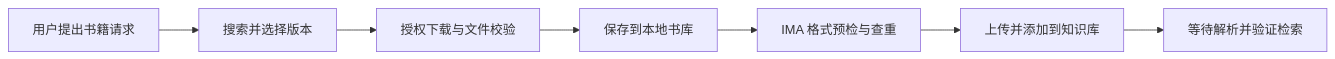
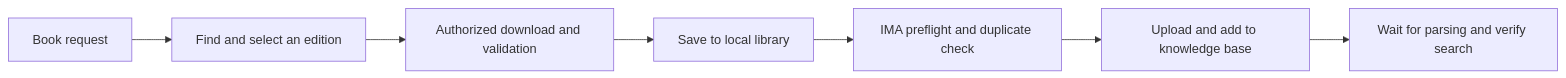
Before and after one commit to starryChenstudent/bookbridge-workbuddy-ima: the diagram in README.md, drawn with Mermaid. The commit also changed other lines of this file and 1 other file, not shown here.

````diff
--- a/README.md
+++ b/README.md
@@ -34,9 +36,9 @@
 ```mermaid
 flowchart LR
-    A[用户提出书籍请求] --> B[搜索并选择版本]
-    B --> C[授权下载与文件校验]
-    C --> D[保存到本地书库]
-    D --> E[IMA 格式预检与查重]
-    E --> F[上传并添加到知识库]
-    F --> G[等待解析并验证检索]
+    A[Book request] --> B[Find and select an edition]
+    B --> C[Authorized download and validation]
+    C --> D[Save to local library]
+    D --> E[IMA preflight and duplicate check]
+    E --> F[Upload and add to knowledge base]
+    F --> G[Wait for parsing and verify search]
 ```
````
